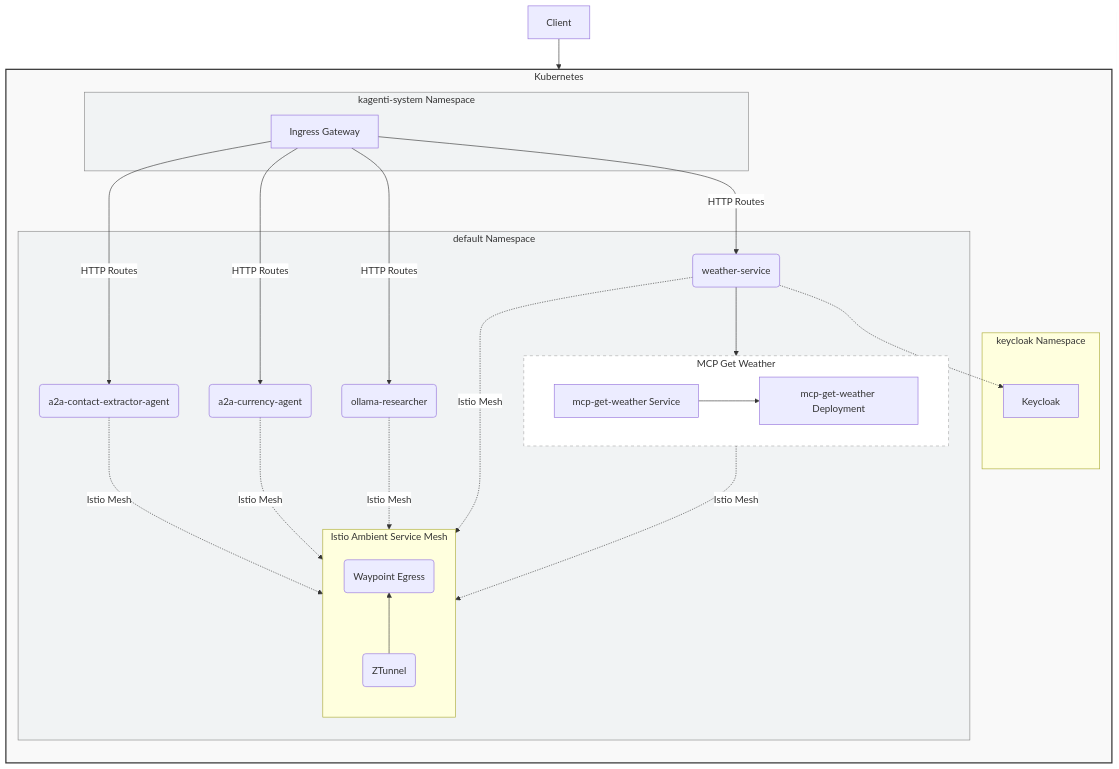
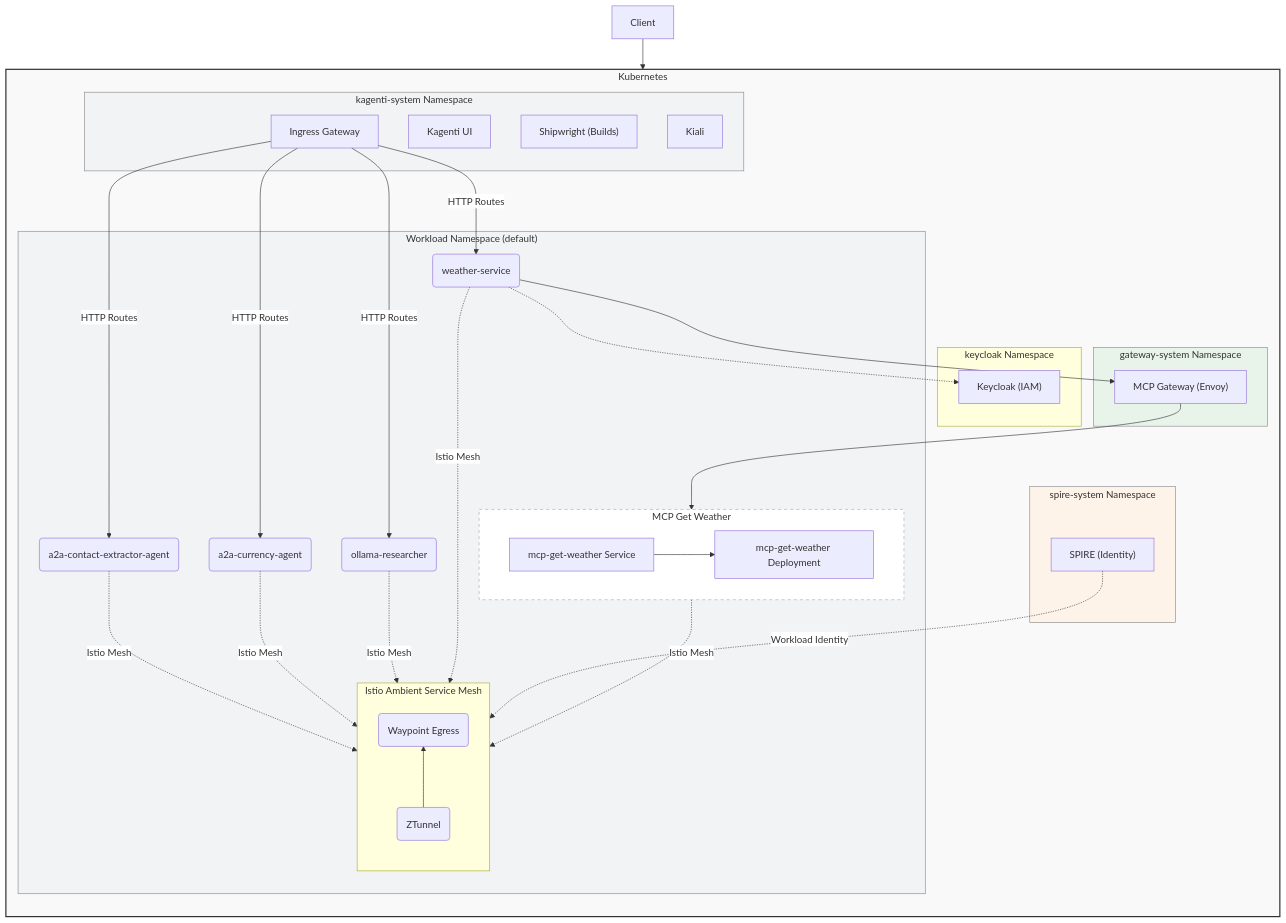
One commit to pdettori/kagenti changed the diagram in docs/tech-details.md. Above: the diagram before and after it, drawn with Mermaid. The commit also changed other lines of this file and 1 other file, not shown here.

Commit message:
updated docs and architecture to be more consistent

````diff
--- a/docs/tech-details.md
+++ b/docs/tech-details.md
@@ -10,58 +5,72 @@
 ```mermaid
 %%{ init: {"themeVariables": { 'fontFamily': "Arial", 'primaryColor': '#1f77b4', 'edgeLabelBackground':'#ffffff'}} }%%
 graph TB
 
   subgraph Kubernetes
     direction TB
     
     subgraph kagenti-system ["kagenti-system Namespace"]
       IngressGateway["Ingress Gateway"]
+      KagentiUI["Kagenti UI"]
+      Shipwright["Shipwright (Builds)"]
+      Kiali["Kiali"]
+    end
+
+    subgraph gateway-system ["gateway-system Namespace"]
+      MCPGateway["MCP Gateway (Envoy)"]
     end
 
     subgraph keycloak ["keycloak Namespace"]
-      Keycloak["Keycloak"]
+      Keycloak["Keycloak (IAM)"]
     end
 
-    subgraph default_namespace ["default Namespace"]
+    subgraph spire-system ["spire-system Namespace"]
+      SPIRE["SPIRE (Identity)"]
+    end
+
+    subgraph default_namespace ["Workload Namespace (default)"]
       A2AContactExtractorAgent(a2a-contact-extractor-agent)
       A2ACurrencyAgent(a2a-currency-agent)
       OllamaResearcher(ollama-researcher)
       WeatherService(weather-service)
       
       subgraph MCPGetWeather ["MCP Get Weather"]
         direction LR
         Service[mcp-get-weather Service]
         Deployment[mcp-get-weather Deployment]
       end
 
       subgraph Istio_Ambient_Mesh ["Istio Ambient Service Mesh"]
         direction BT
         ZTunnel("ZTunnel")
         Waypoint("Waypoint Egress")
         ZTunnel --> Waypoint
       end
 
     end
   end
   
   style Kubernetes fill:#f9f9f9,stroke:#333,stroke-width:2px;
   style kagenti-system fill:#f1f3f4,stroke:#888;
+  style gateway-system fill:#e8f4ea,stroke:#888;
+  style spire-system fill:#fef3e8,stroke:#888;
   style default_namespace fill:#f1f3f4,stroke:#888;
   style MCPGetWeather fill:#ffffff,stroke:#aaaaaa,stroke-dasharray: 5 5;
 
+  Client --> IngressGateway
   IngressGateway -->|HTTP Routes| A2AContactExtractorAgent
   IngressGateway -->|HTTP Routes| A2ACurrencyAgent
   IngressGateway -->|HTTP Routes| OllamaResearcher
   IngressGateway -->|HTTP Routes| WeatherService
-  WeatherService --> Service
+  WeatherService --> MCPGateway
+  MCPGateway --> Service
   Service --> Deployment
 
   A2AContactExtractorAgent -.->|Istio Mesh| ZTunnel
   A2ACurrencyAgent -.->|Istio Mesh| ZTunnel
   OllamaResearcher -.->|Istio Mesh| ZTunnel
   WeatherService -.->|Istio Mesh| ZTunnel
   Service -.->|Istio Mesh| ZTunnel
   WeatherService -.-> Keycloak
-
-  Client --> IngressGateway
+  SPIRE -.->|Workload Identity| ZTunnel
 ```
````
